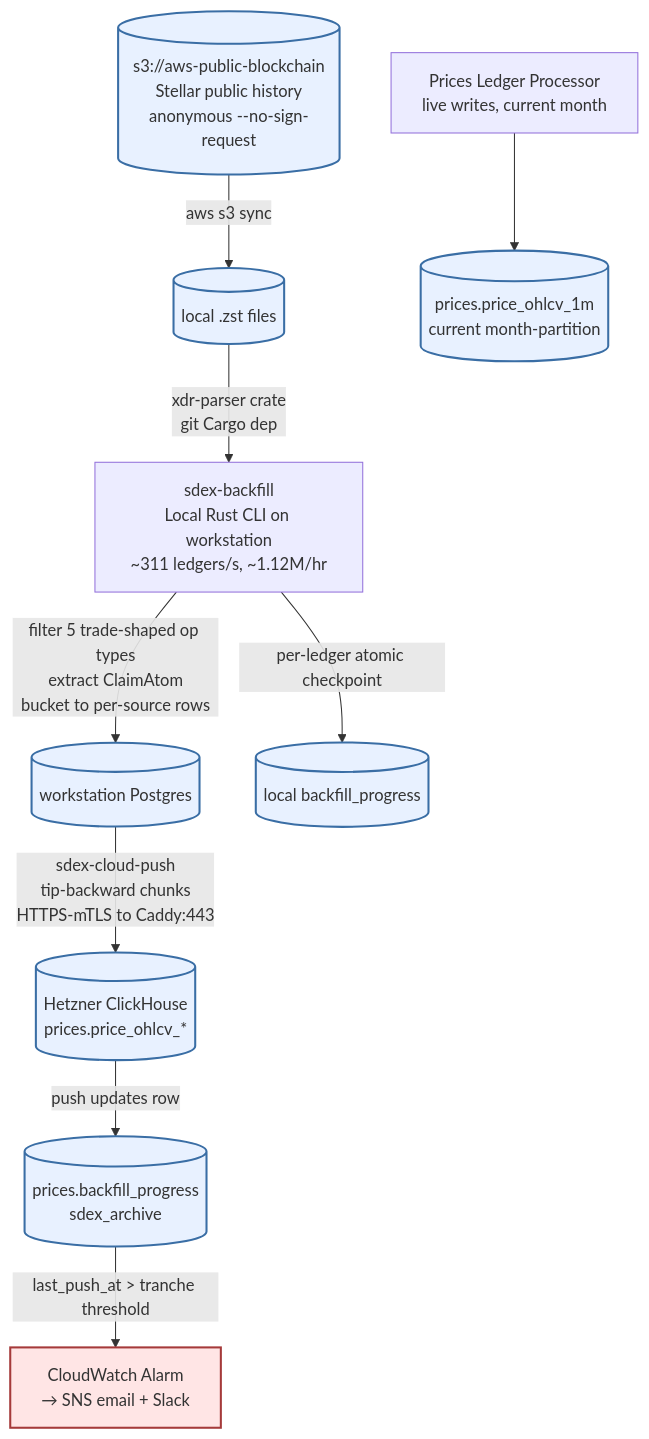
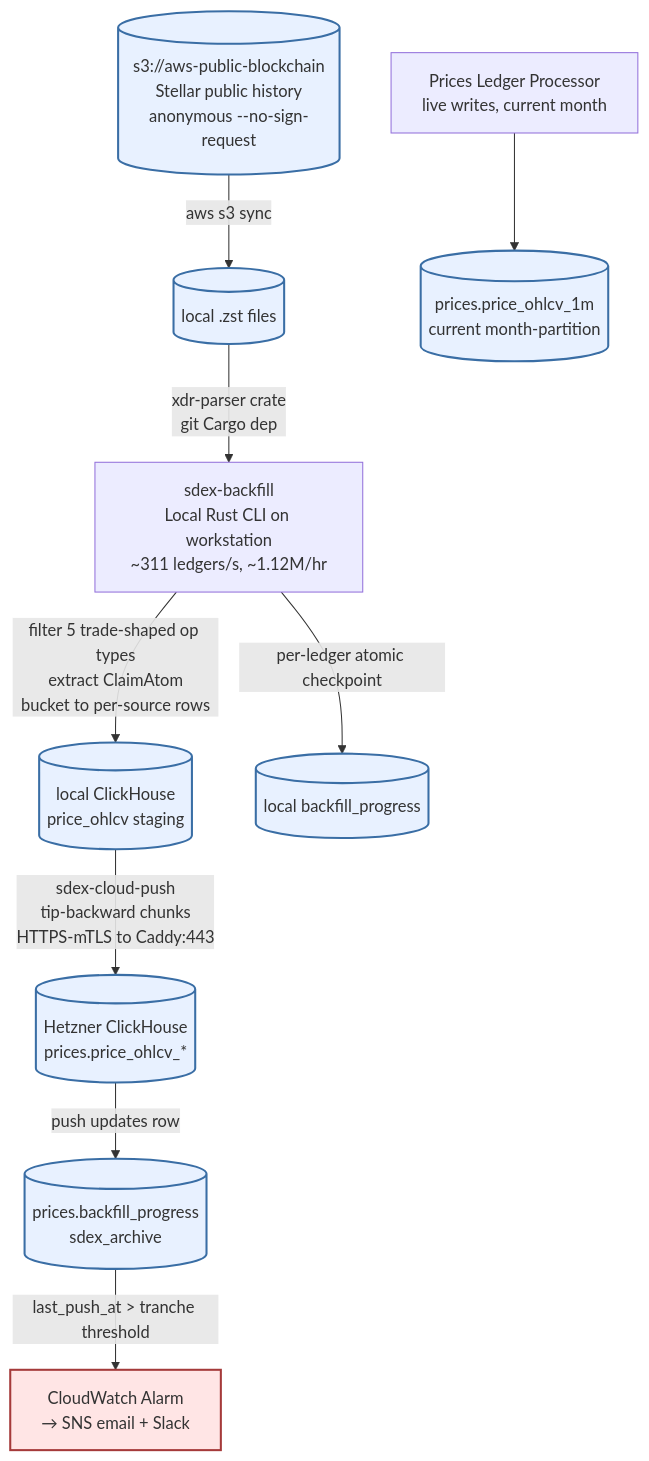
The ninth of 13 diagrams in docs/database-schema/database-schema-overview.md (rumblefishdev/stellar-prices-api), drawn with Mermaid before and after one commit. The commit also changed other lines of this file and 1 other file, not shown here.

First line of the commit message:
docs: align overview docs to CH-mirror backfill and single-bundle mTLS

````diff
--- a/docs/database-schema/database-schema-overview.md
+++ b/docs/database-schema/database-schema-overview.md
@@ -1207,17 +1208,17 @@
 ```mermaid
 flowchart TD
     Arch[(s3://aws-public-blockchain<br/>Stellar public history<br/>anonymous --no-sign-request)] -->|aws s3 sync| LocalDisk[(local .zst files)]
     LocalDisk -->|xdr-parser crate<br/>git Cargo dep| CLI[sdex-backfill<br/>Local Rust CLI on workstation<br/>~311 ledgers/s, ~1.12M/hr]
-    CLI -->|filter 5 trade-shaped op types<br/>extract ClaimAtom<br/>bucket to per-source rows| LocalPG[(workstation Postgres)]
-    LocalPG -->|sdex-cloud-push<br/>tip-backward chunks<br/>HTTPS-mTLS to Caddy:443| CH[(Hetzner ClickHouse<br/>prices.price_ohlcv_*)]
+    CLI -->|filter 5 trade-shaped op types<br/>extract ClaimAtom<br/>bucket to per-source rows| LocalChStage[(local ClickHouse<br/>price_ohlcv staging)]
+    LocalChStage -->|sdex-cloud-push<br/>tip-backward chunks<br/>HTTPS-mTLS to Caddy:443| CH[(Hetzner ClickHouse<br/>prices.price_ohlcv_*)]
     CLI -->|per-ledger atomic checkpoint| BPlocal[(local backfill_progress)]
     CH -->|push updates row| BP[(prices.backfill_progress<br/>sdex_archive)]
     BP -->|last_push_at &gt; tranche threshold| Alarm[CloudWatch Alarm<br/>→ SNS email + Slack]
 
     LiveTip[Prices Ledger Processor<br/>live writes, current month] --> CH1m[(prices.price_ohlcv_1m<br/>current month-partition)]
 
     classDef store fill:#e8f1ff,stroke:#3a6ea5,stroke-width:2px;
     classDef alarm fill:#ffe5e5,stroke:#a53a3a,stroke-width:2px;
-    class Arch,LocalDisk,LocalPG,CH,BP,BPlocal,CH1m store;
+    class Arch,LocalDisk,LocalChStage,CH,BP,BPlocal,CH1m store;
     class Alarm alarm;
 ```
````
